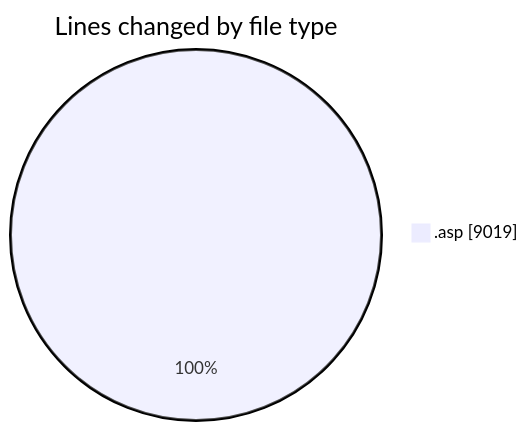
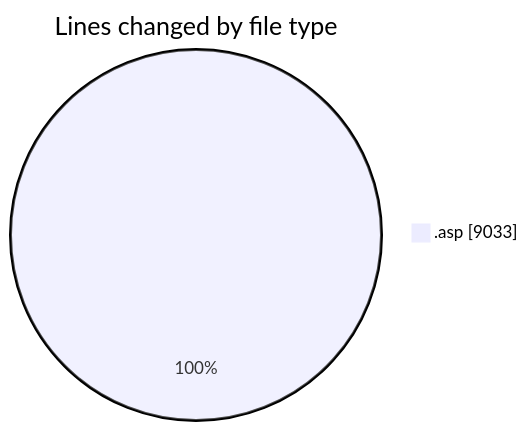
Before and after one commit to julien-gomy/code-tracking: the first of 2 diagrams in 2025-11-27/cdp_aleoudev_fr__workspace_/README.md, drawn with Mermaid. The commit also changed other lines of this file and 1 other file, not shown here.

````diff
--- a/2025-11-27/cdp_aleoudev_fr__workspace_/README.md
+++ b/2025-11-27/cdp_aleoudev_fr__workspace_/README.md
@@ -25,5 +26,5 @@
 ```mermaid
 pie showData
 title Lines changed by file type
-".asp" : 9019
+".asp" : 9033
 ```
````
